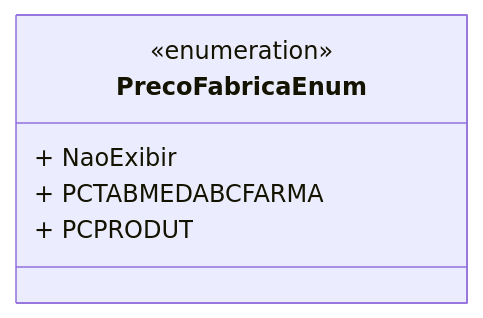
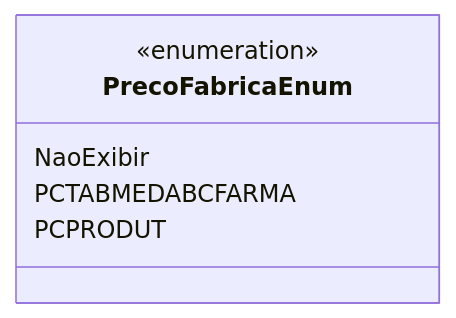
The diagram in docs/b2b-dominio/IsthmusWinthor.Nucleo/IsthmusWinthor.Dominio/Enumeradores/PrecoFabricaEnum.md (IsthmusSistemas/documentacao-tecnica), drawn with Mermaid before and after one commit. The commit also changed other lines of this file and 882 other files, not shown here.

````diff
--- a/docs/b2b-dominio/IsthmusWinthor.Nucleo/IsthmusWinthor.Dominio/Enumeradores/PrecoFabricaEnum.md
+++ b/docs/b2b-dominio/IsthmusWinthor.Nucleo/IsthmusWinthor.Dominio/Enumeradores/PrecoFabricaEnum.md
@@ -22,9 +11,9 @@
 ```mermaid
 classDiagram
     class PrecoFabricaEnum {
         <<enumeration>>
-        + NaoExibir
-        + PCTABMEDABCFARMA
-        + PCPRODUT
+        NaoExibir
+        PCTABMEDABCFARMA
+        PCPRODUT
     }
 ```
````
